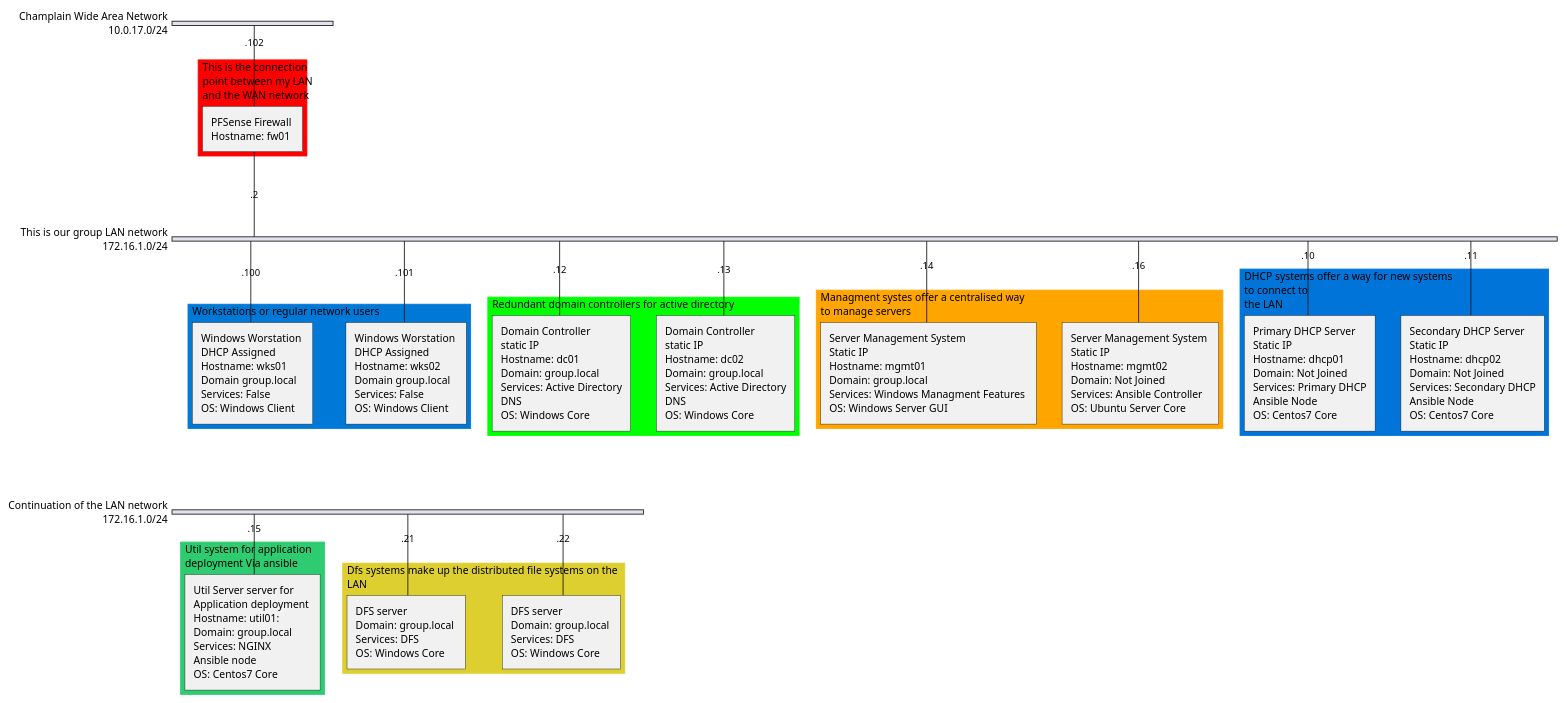
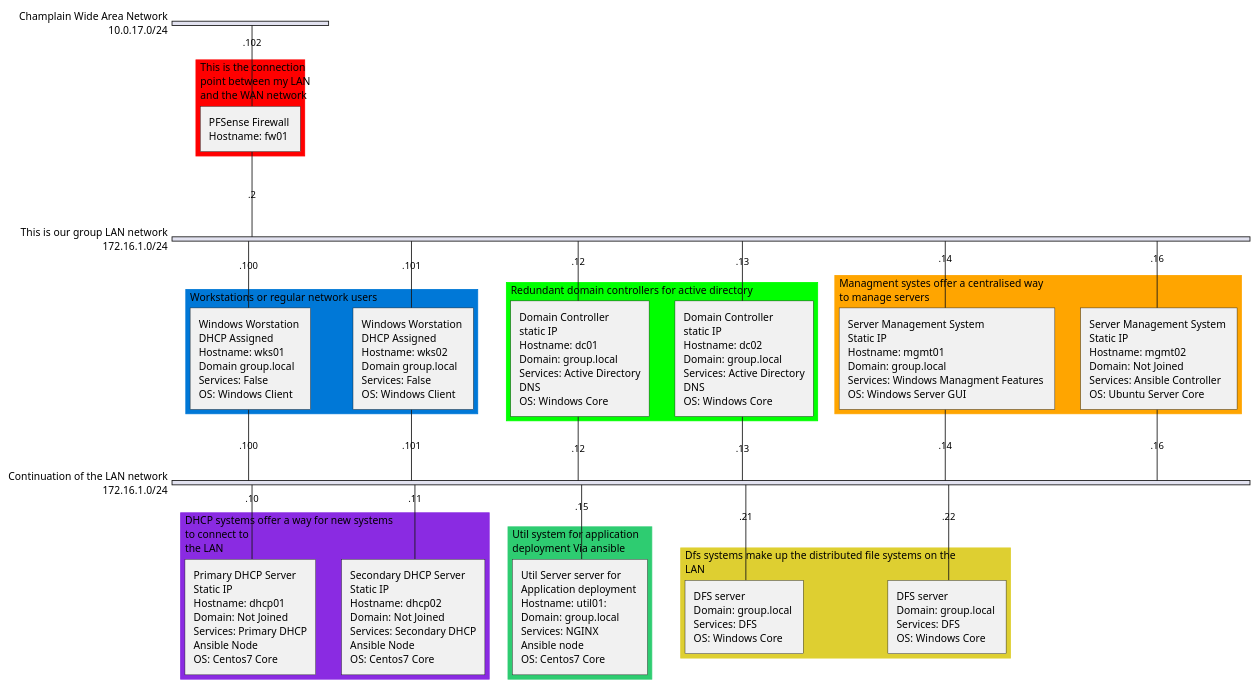
The diagram in milestone1_diagram.plantuml (AminDaoudi/Final-Project), drawn with PlantUML before and after one commit.

Commit message:
Did some changes, not sure if i like them

```diff
--- a/milestone1_diagram.plantuml
+++ b/milestone1_diagram.plantuml
@@ -1,80 +1,89 @@
 @startuml Working Network Diagram
 skinparam backgroundColor ##F0F0F0
 
 nwdiag {
     
     network WAN {
         address = 10.0.17.0/24
         description = "Champlain Wide Area Network"
 
         // define group
         group firewall {
             color = "#FF0000";
             fw01 [address = ".102", description = "PFSense Firewall \nHostname: fw01 "]
             description = "This is the connection \npoint between my LAN \nand the WAN network"
 
         }
     }
+
     network LAN1 {
         address = 172.16.1.0/24
         description = "This is our group LAN network"
         fw01 [address = ".2"]
 
         // define group
         group workstations {
             description = "Workstations or regular network users"
             color = "#0078D7";
             wks01 [address = ".100", description = "Windows Worstation \nDHCP Assigned \nHostname: wks01 \nDomain group.local \nServices: False \nOS: Windows Client"]
             wks02 [address = ".101", description = "Windows Worstation \nDHCP Assigned \nHostname: wks02 \nDomain group.local \nServices: False \nOS: Windows Client"]
         }
         // define group
         group domaincontrollers {
             description = "Redundant domain controllers for active directory"
             color = "#00FF00";
             dc01 [address = ".12", description = "Domain Controller \nstatic IP \nHostname: dc01 \nDomain: group.local \nServices: Active Directory, DNS \nOS: Windows Core"]
             dc02 [address = ".13", description = "Domain Controller \nstatic IP \nHostname: dc02 \nDomain: group.local \nServices: Active Directory, DNS \nOS: Windows Core"]
 
         }
         // define group 
         group managmentsystems {
             description = "Managment systes offer a centralised way \nto manage servers"
             color = "#FFA500";
             mgmt01 [address = ".14", description = "Server Management System \nStatic IP \nHostname: mgmt01 \nDomain: group.local \nServices: Windows Managment Features \nOS: Windows Server GUI"]
             mgmt02 [address = ".16", description = "Server Management System \nStatic IP \nHostname: mgmt02 \nDomain: Not Joined \nServices: Ansible Controller \nOS: Ubuntu Server Core"]
         }
-        // define group
-        group dhcpsystems {
-            description = "DHCP systems offer a way for new systems \nto connect to \nthe LAN"
-            color = "#0074D9";
-            dhcp01 [address = ".10", description = "Primary DHCP Server \nStatic IP \nHostname: dhcp01 \nDomain: Not Joined \nServices: Primary DHCP, Ansible Node \nOS: Centos7 Core"]
-            dhcp02 [address = ".11", description = "Secondary DHCP Server \nStatic IP \nHostname: dhcp02 \nDomain: Not Joined \nServices: Secondary DHCP, Ansible Node \nOS: Centos7 Core"]
-
-        }
         
     }
     network LAN2 {
         address = 172.16.1.0/24
         description = "Continuation of the LAN network"
+        wks01 [address = ".100"]
+        wks02 [address = ".101"]
+        dc01 [address = ".12"]
+        dc02 [address = ".13"]
+        mgmt01 [address = ".14"]
+        mgmt02 [address = ".16"]
 
+
+
+        // define group
+        group dhcpsystems {
+            description = "DHCP systems offer a way for new systems \nto connect to \nthe LAN"
+            color = "#8A2BE2";
+            dhcp01 [address = ".10", description = "Primary DHCP Server \nStatic IP \nHostname: dhcp01 \nDomain: Not Joined \nServices: Primary DHCP, Ansible Node \nOS: Centos7 Core"]
+            dhcp02 [address = ".11", description = "Secondary DHCP Server \nStatic IP \nHostname: dhcp02 \nDomain: Not Joined \nServices: Secondary DHCP, Ansible Node \nOS: Centos7 Core"]
+
+        }
 
         // define group 
         group util {
             description = "Util system for application \ndeployment Via ansible"
             color = "#2ECC71";
             util01 [address = ".15", description = "Util Server server for \nApplication deployment \nHostname: util01: \nDomain: group.local \nServices: NGINX, Ansible node \nOS: Centos7 Core"]
         }
         // define group
         group dfs {
             description = "Dfs systems make up the distributed file systems on the \nLAN"
             color = "#decf31";
             dfs01 [address =".21", description = "DFS server \nDomain: group.local \nServices: DFS \nOS: Windows Core"]
             dfs02 [address =".22", description = "DFS server \nDomain: group.local \nServices: DFS \nOS: Windows Core"]
 
 
         }
     }
 
     
 }
 
 @enduml
```
